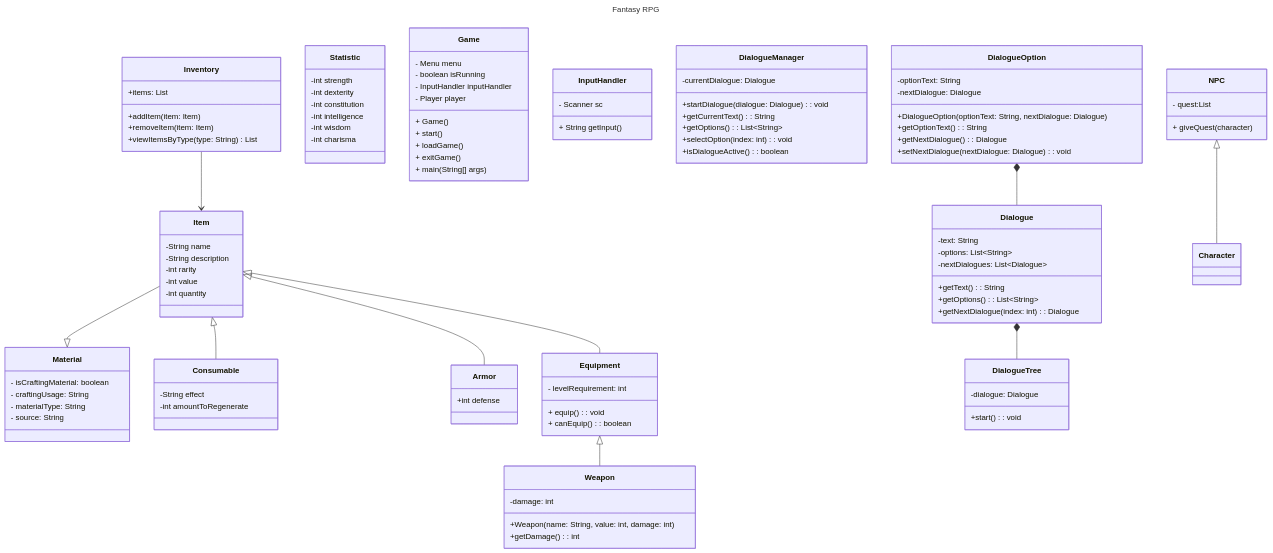
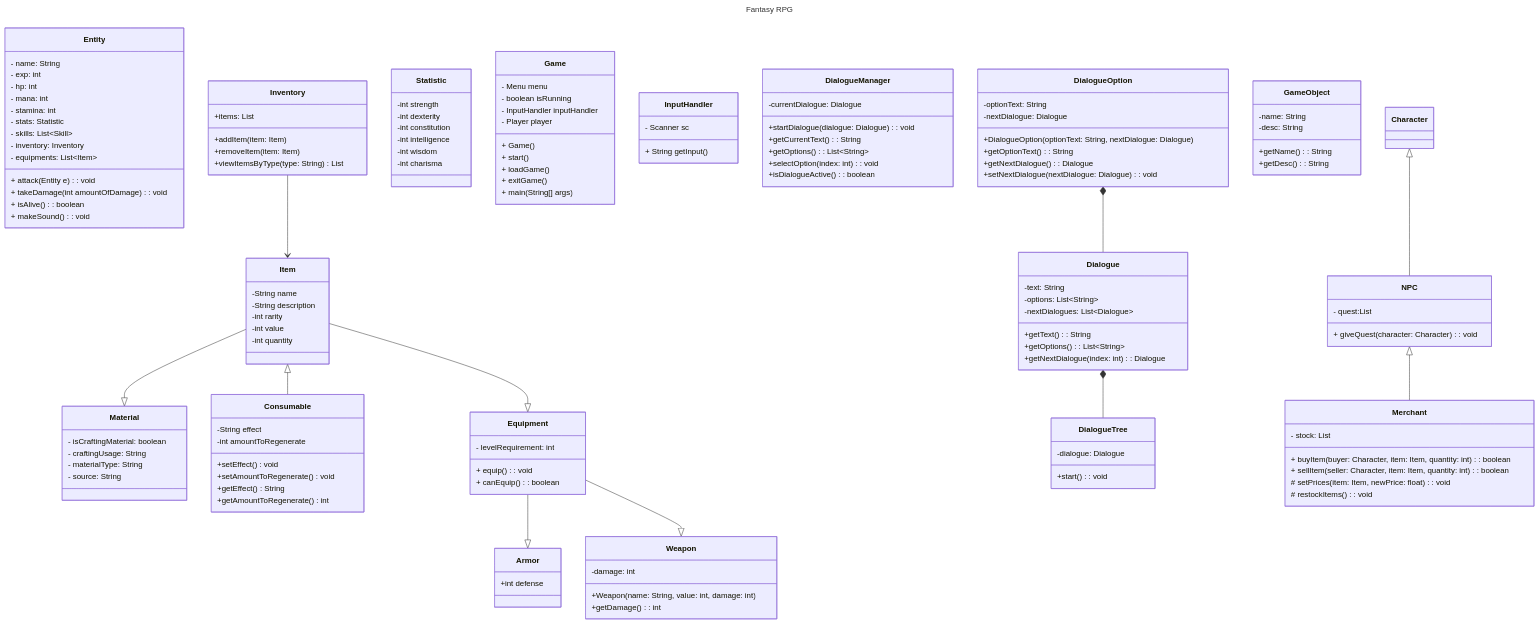
One commit to pacalso-jjc/2425-2nd-cc3-1b-rpg changed the diagram in wiki/Class-Diagram.md. Above: the diagram before and after it, drawn with Mermaid.

Commit message:
Fix the issue point the arrow to the Character

````diff
--- a/wiki/Class-Diagram.md
+++ b/wiki/Class-Diagram.md
@@ -3,6 +3,21 @@
 title: Fantasy RPG
 ---
 classDiagram
+   class Entity{
+      - name: String
+      - exp: int
+      - hp: int
+      - mana: int
+      - stamina: int
+      - stats: Statistic
+      - skills: List~Skill~
+      - inventory: Inventory
+      - equipments: List~Item~
+      + attack(Entity e): void
+      + takeDamage(int amountOfDamage): void
+      + isAlive (): boolean
+      + makeSound(): void
+    }
 
     Item --|> Material
     Inventory --> Item 
@@ -11,7 +26,6 @@
         - craftingUsage: String
         - materialType: String
         - source: String
-
     }
 
     class Item {
@@ -35,9 +49,13 @@
     class Consumable {
         -String effect
         -int amountToRegenerate 
+        +setEffect() void
+        +setAmountToRegenerate() void
+        +getEffect() String
+        +getAmountToRegenerate() int
     }
 
-    Item <|-- Armor
+    Equipment --|> Armor
     class Armor {
         +int defense
     }
@@ -93,14 +111,14 @@
         +setNextDialogue(nextDialogue: Dialogue): void
     }
 
-    Equipment <|-- Weapon
+    Equipment --|> Weapon
     class Weapon {
         -damage: int
         +Weapon(name: String, value: int, damage: int)
         +getDamage(): int
     }
     
-    Item <|-- Equipment
+    Item --|> Equipment
     class Equipment {
         - levelRequirement: int
         + equip(): void
@@ -114,11 +132,26 @@
         +viewItemsByType(type: String) List
     }
 
+    NPC <|-- Merchant
+    class Merchant {
+        - stock: List<Item>
+        + buyItem(buyer: Character, item: Item, quantity: int): boolean
+        + sellItem(seller: Character, item: Item, quantity: int): boolean
+        # setPrices(item: Item, newPrice: float): void
+        # restockItems(): void
+    }
+    
+    class GameObject{
+        -name: String
+        -desc: String
+        +getName(): String
+        +getDesc(): String
+    }
 
-    NPC <|-- Character
+    Character <|-- NPC
     class NPC{
         - quest:List<Quest>
-        + giveQuest(character)
+        + giveQuest(character: Character) : void
     }
 
 ```
````
